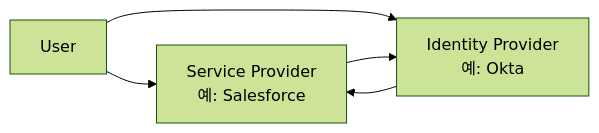
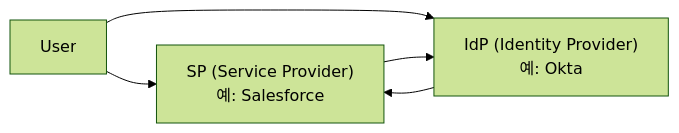
The first of 5 diagrams in src/content/wiki/auth-security/saml.mdx (shinkeonkim/shinkeonkim.github.io), drawn with Mermaid (forest theme) before and after one commit. The commit also changed other lines of this file and 526 other files, not shown here.

First line of the commit message:
content(wiki): 전수조사 및 대규모 보강 (짧은 파일 0, mermaid +645)

````diff
--- a/src/content/wiki/auth-security/saml.mdx
+++ b/src/content/wiki/auth-security/saml.mdx
@@ -18,7 +22,7 @@
 ```mermaid
 flowchart LR
-    User --> SP[Service Provider<br/>예: Salesforce]
-    User --> IdP[Identity Provider<br/>예: Okta]
+    User --> SP["SP (Service Provider)<br/>예: Salesforce"]
+    User --> IdP["IdP (Identity Provider)<br/>예: Okta"]
     SP --> IdP
     IdP --> SP
 ```
````
